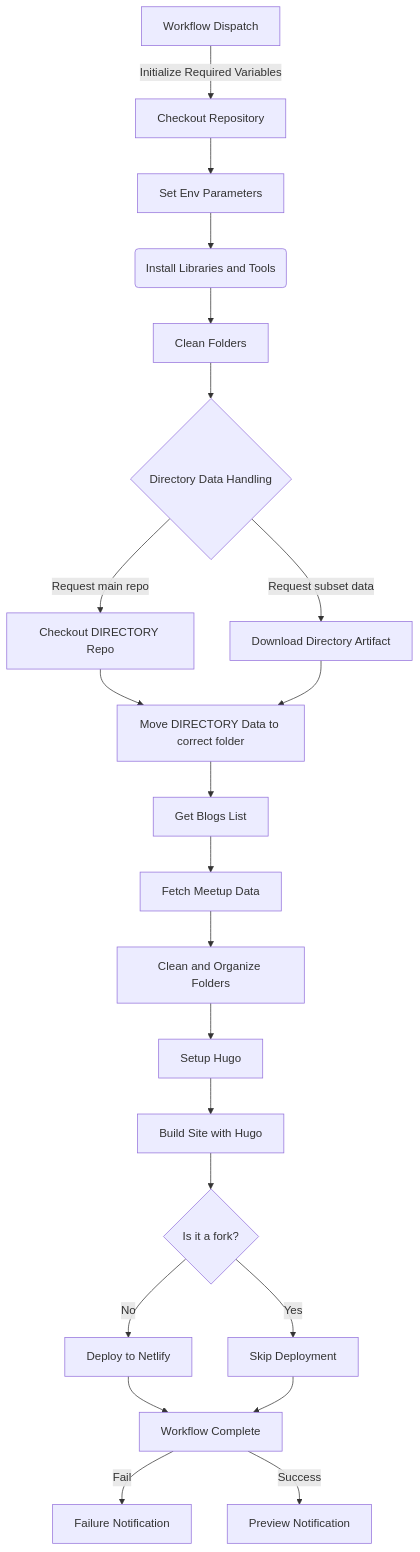
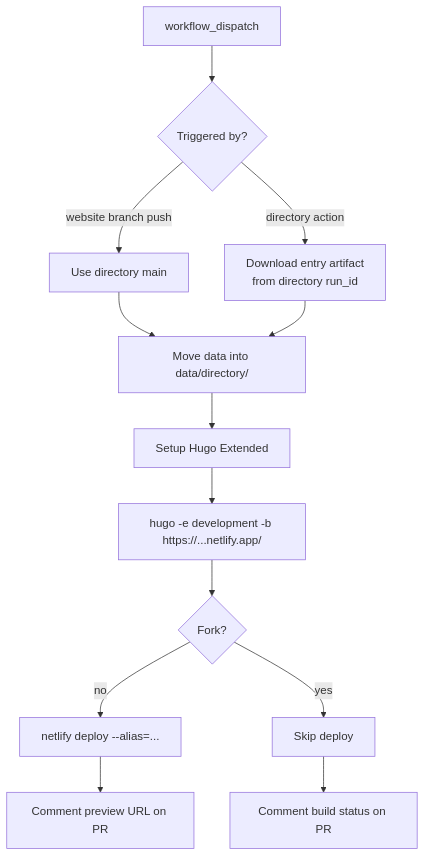
One commit to rladies/rladiesguide changed the second of 3 diagrams in content/website/admin_guide/gha/index.en.md. Above: the diagram before and after it, drawn with Mermaid. The commit also changed other lines of this file and 21 other files, not shown here.

````diff
--- a/content/website/admin_guide/gha/index.en.md
+++ b/content/website/admin_guide/gha/index.en.md
@@ -59,30 +129,15 @@
-{{< mermaid >}}
-graph TD
-    A[Workflow Dispatch] -->|Initialize Required Variables| E[Checkout Repository]
-    E --> F[Set Env Parameters]
-    
-    F --> G(Install Libraries and Tools)
-    G --> H[Clean Folders]
-    H --> I{Directory Data Handling}
-    
-    I -->|Request main repo| J[Checkout DIRECTORY Repo]
-    I -->|Request subset data | K[Download Directory Artifact]
-    J --> L[Move DIRECTORY Data to correct folder]
-    K --> L
-    L --> M[Get Blogs List]
-    M --> N[Fetch Meetup Data]
-    N --> O[Clean and Organize Folders]
-    
-    O --> P[Setup Hugo]
-    P --> Q[Build Site with Hugo]
-    Q --> R{Is it a fork?}
-    R -->|No| S[Deploy to Netlify]
-    R -->|Yes| T[Skip Deployment]
-    
-    S --> U[Workflow Complete]
-    T --> U
-
-    U -->|Fail| W[Failure Notification]
-    U -->|Success| V[Preview Notification]
-
-{{< /mermaid >}}
+```mermaid
+flowchart TB
+    A[workflow_dispatch] --> B{Triggered by?}
+    B -->|website branch push| C[Use directory main]
+    B -->|directory action| D[Download entry artifact<br>from directory run_id]
+    C --> E[Move data into data/directory/]
+    D --> E
+    E --> F[Setup Hugo Extended]
+    F --> G[hugo -e development -b https://...netlify.app/]
+    G --> H{Fork?}
+    H -->|no| I[netlify deploy --alias=...]
+    H -->|yes| J[Skip deploy]
+    I --> K[Comment preview URL on PR]
+    J --> L[Comment build status on PR]
+```
````
